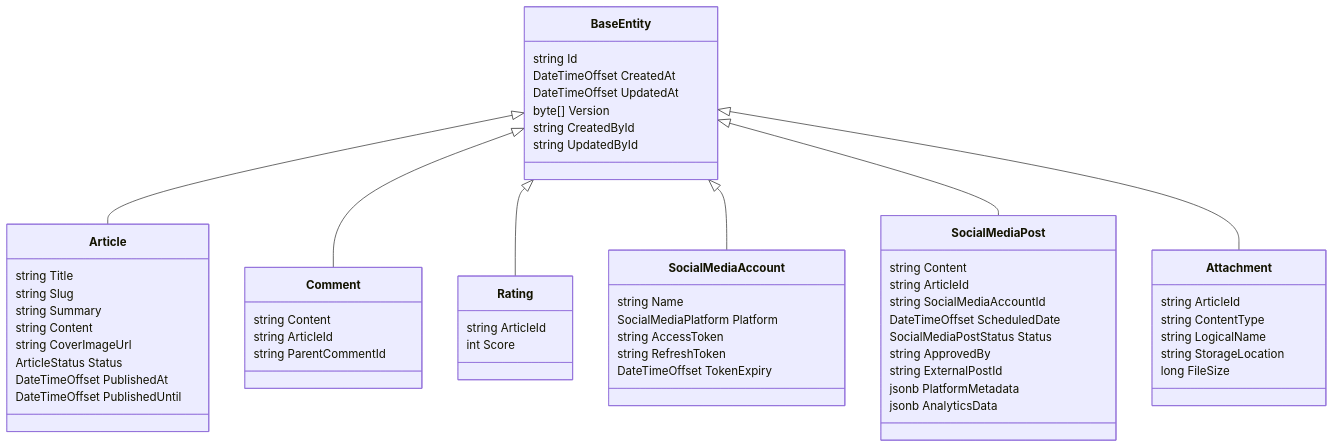
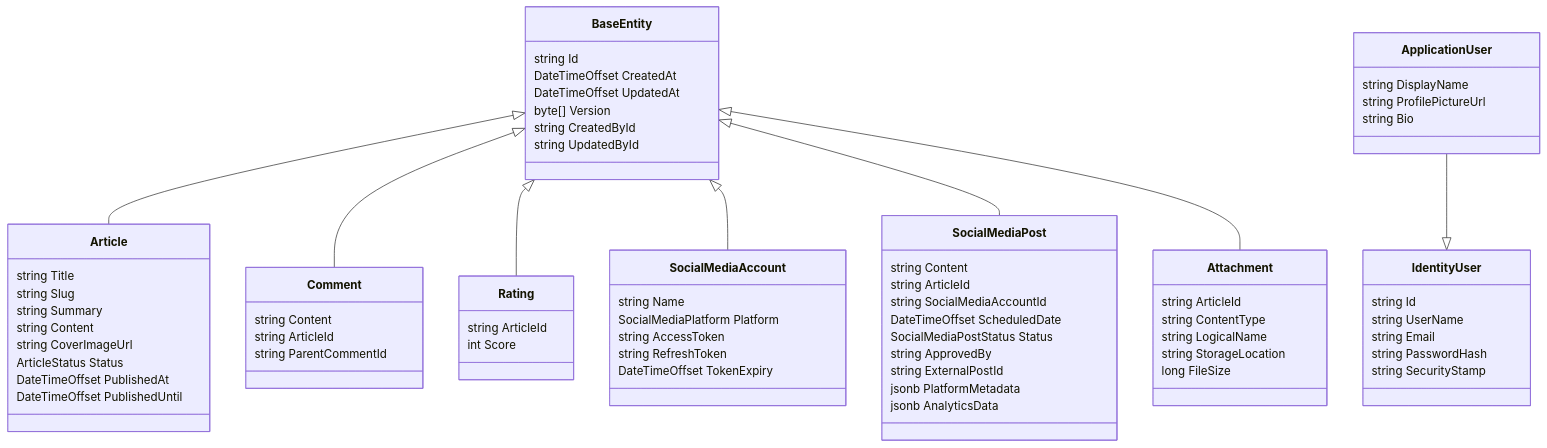
The diagram in project/MVP/implementation-plan/02-core-domain.md (adrianhall/propulse-dotnet), drawn with Mermaid before and after one commit. The commit also changed other lines of this file and 2 other files, not shown here.

````diff
--- a/project/MVP/implementation-plan/02-core-domain.md
+++ b/project/MVP/implementation-plan/02-core-domain.md
@@ -37,61 +45,74 @@
 ```mermaid
 classDiagram
     class BaseEntity {
         string Id
         DateTimeOffset CreatedAt
         DateTimeOffset UpdatedAt
         byte[] Version
         string CreatedById
         string UpdatedById
     }
+    class IdentityUser {
+        string Id
+        string UserName
+        string Email
+        string PasswordHash
+        string SecurityStamp
+    }
+    class ApplicationUser {
+        string DisplayName
+        string ProfilePictureUrl
+        string Bio
+    }
+    ApplicationUser --|> IdentityUser
     class Article {
         string Title
         string Slug
         string Summary
         string Content
         string CoverImageUrl
         ArticleStatus Status
         DateTimeOffset PublishedAt
         DateTimeOffset PublishedUntil
     }
     class Comment {
         string Content
         string ArticleId
         string ParentCommentId
     }
     class Rating {
         string ArticleId
         int Score
     }
     class SocialMediaAccount {
         string Name
         SocialMediaPlatform Platform
         string AccessToken
         string RefreshToken
         DateTimeOffset TokenExpiry
     }
     class SocialMediaPost {
         string Content
         string ArticleId
         string SocialMediaAccountId
         DateTimeOffset ScheduledDate
         SocialMediaPostStatus Status
         string ApprovedBy
         string ExternalPostId
         jsonb PlatformMetadata
         jsonb AnalyticsData
     }
     class Attachment {
         string ArticleId
         string ContentType
         string LogicalName
         string StorageLocation
         long FileSize
     }
     BaseEntity <|-- Article
     BaseEntity <|-- Comment
     BaseEntity <|-- Rating
     BaseEntity <|-- SocialMediaAccount
     BaseEntity <|-- SocialMediaPost
     BaseEntity <|-- Attachment
 ```
````
